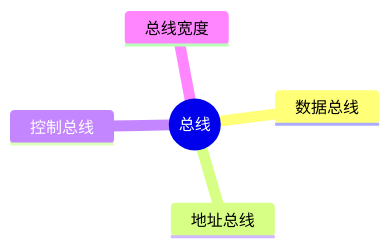
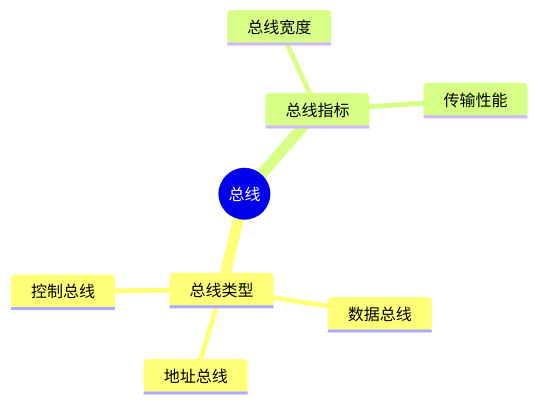
Before and after one commit to skylonely/sgao-website: the first of 2 diagrams in docs/ruankao/system-architect/chapters/08-bus.md, drawn with Mermaid. The commit also changed 39 other files, not shown here.

Commit message:
fix: Mermaid 思维导图

````diff
--- a/docs/ruankao/system-architect/chapters/08-bus.md
+++ b/docs/ruankao/system-architect/chapters/08-bus.md
@@ -41,8 +41,11 @@
 ```mermaid
 mindmap
   root((总线))
-    数据总线
-    地址总线
-    控制总线
-    总线宽度
+    总线类型
+      数据总线
+      地址总线
+      控制总线
+    总线指标
+      总线宽度
+      传输性能
 ```
````
